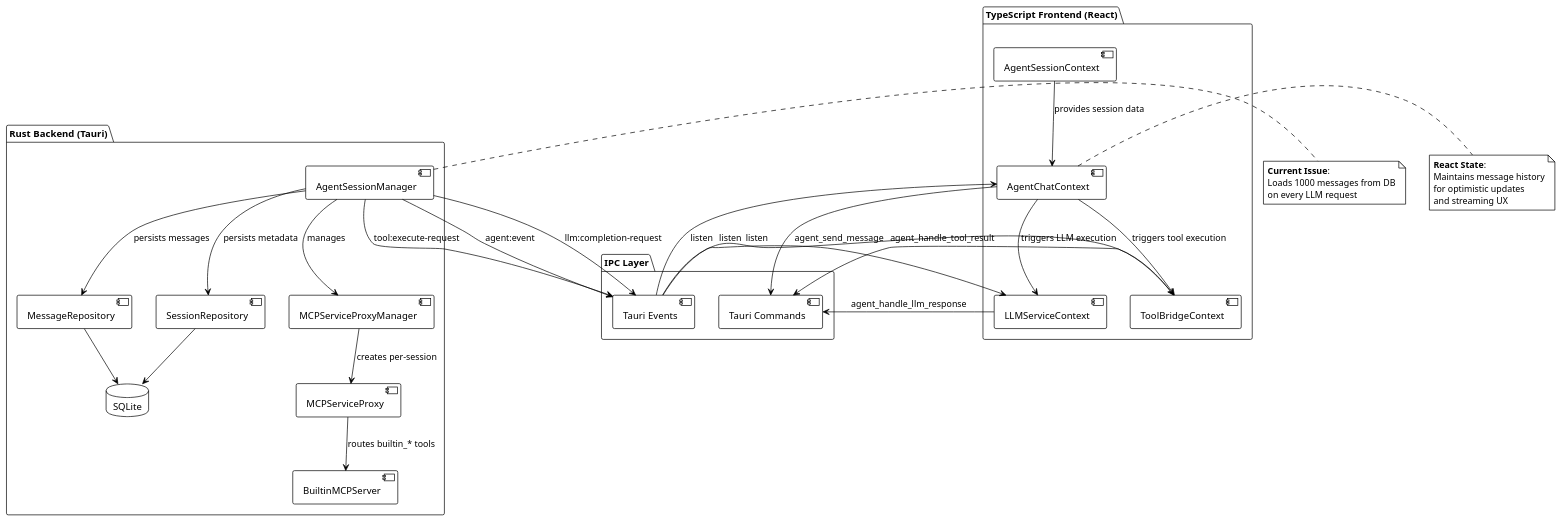
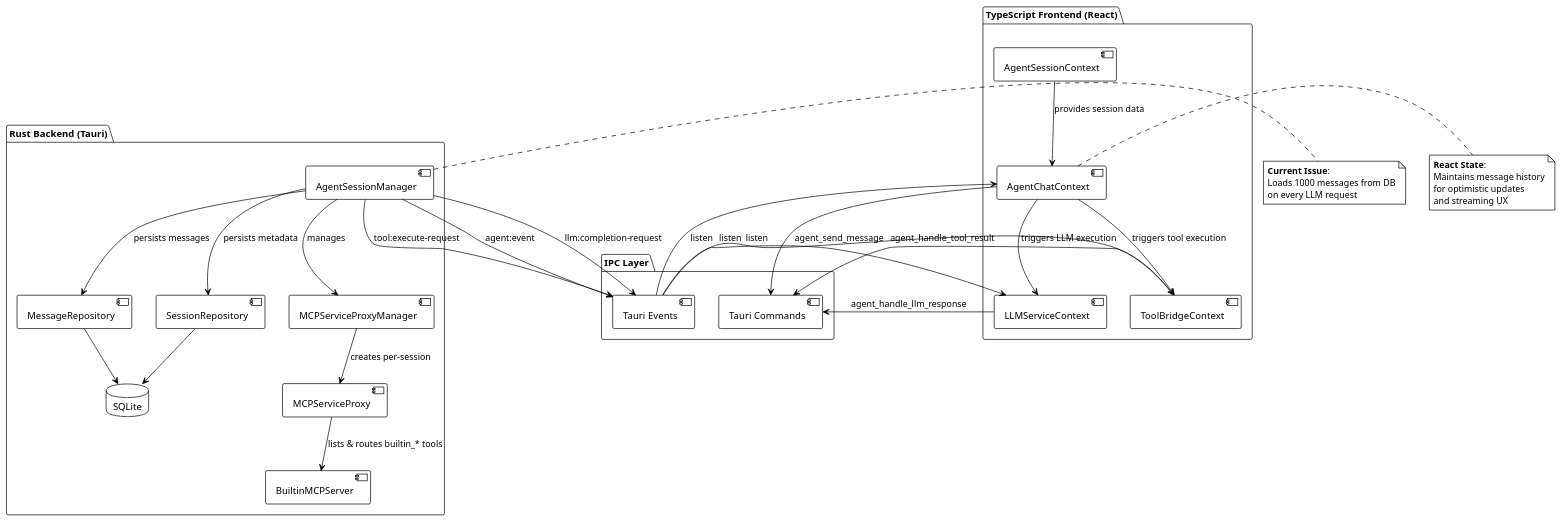
Before and after one commit to fritzprix/libr-agent: the first of 5 diagrams in docs/architecture/agent-workflow-architecture.md, drawn with PlantUML. The commit also changed other lines of this file and 29 other files, not shown here.

````diff
--- a/docs/architecture/agent-workflow-architecture.md
+++ b/docs/architecture/agent-workflow-architecture.md
@@ -30,68 +30,68 @@
 ```plantuml
 @startuml
 !theme plain
 
 package "Rust Backend (Tauri)" {
   [AgentSessionManager] as ASM
   [MCPServiceProxyManager] as MCPM
   [MCPServiceProxy] as MCP
   [BuiltinMCPServer] as Builtin
   [MessageRepository] as MsgRepo
   [SessionRepository] as SessRepo
   database "SQLite" as DB
 }
 
 package "TypeScript Frontend (React)" {
   [AgentChatContext] as ChatCtx
   [LLMServiceContext] as LLMCtx
   [ToolBridgeContext] as ToolCtx
   [AgentSessionContext] as SessCtx
 }
 
 package "IPC Layer" {
   [Tauri Commands] as Cmd
   [Tauri Events] as Evt
 }
 
 ' Backend internal flow
 ASM --> MCPM : manages
 MCPM --> MCP : creates per-session
-MCP --> Builtin : routes builtin_* tools
+MCP --> Builtin : lists & routes builtin_* tools
 ASM --> MsgRepo : persists messages
 ASM --> SessRepo : persists metadata
 MsgRepo --> DB
 SessRepo --> DB
 
 ' Frontend internal flow
 ChatCtx --> LLMCtx : triggers LLM execution
 ChatCtx --> ToolCtx : triggers tool execution
 SessCtx --> ChatCtx : provides session data
 
 ' IPC communication
 ChatCtx --> Cmd : agent_send_message
 LLMCtx --> Cmd : agent_handle_llm_response
 ToolCtx --> Cmd : agent_handle_tool_result
 ASM --> Evt : llm:completion-request
 ASM --> Evt : tool:execute-request
 ASM --> Evt : agent:event
 
 ' Event listeners
 Evt --> LLMCtx : listen
 Evt --> ToolCtx : listen
 Evt --> ChatCtx : listen
 
 note right of ASM
   **Current Issue**:
   Loads 1000 messages from DB
   on every LLM request
 end note
 
 note right of ChatCtx
   **React State**:
   Maintains message history
   for optimistic updates
   and streaming UX
 end note
 
 @enduml
 ```
````
